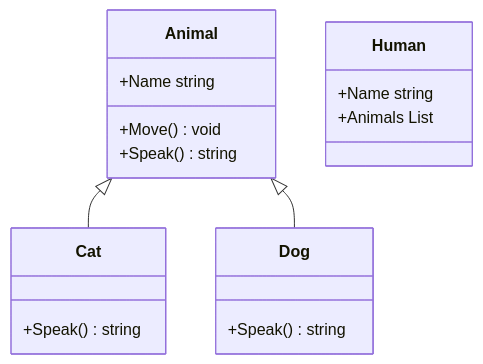
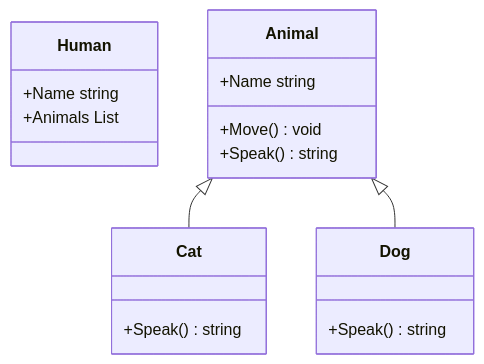
The diagram in UML.md (nurzhanme/SharpmaidGithubActionSample), drawn with Mermaid before and after one commit. The commit also changed other lines of this file, not shown here.

Commit message:
UML generated

````diff
--- a/UML.md
+++ b/UML.md
@@ -1,20 +1,20 @@
 ```mermaid
 classDiagram
+class Human{
++Name string
++Animals List<Animal>
+}
 Animal  <|-- Cat
 class Cat{
 +Speak() string
-}
-class Human{
-+Name string
-+Animals List<Animal>
 }
 class Animal{
 +Name string
 +Move() void
 +Speak() string
 }
 Animal  <|-- Dog
 class Dog{
 +Speak() string
 }
 ```
````
